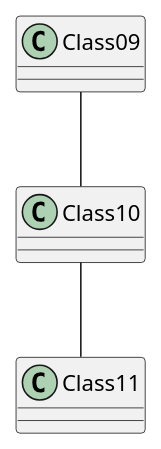
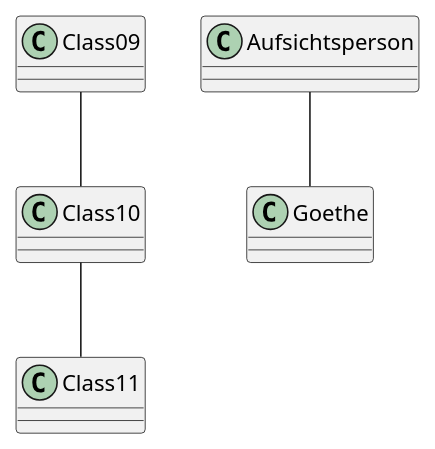
The diagram in Assets/use-case-diagram.iuml (KonstantinFrank01/safer-pool), drawn with PlantUML before and after one commit.

Commit message:
Klasse hinzugefügt

```diff
--- a/Assets/use-case-diagram.iuml
+++ b/Assets/use-case-diagram.iuml
@@ -1,4 +1,5 @@
 @startuml
 Class09 -- Class10
 Class10 -- Class11
+Aufsichtsperson -- Goethe
 @enduml
```
